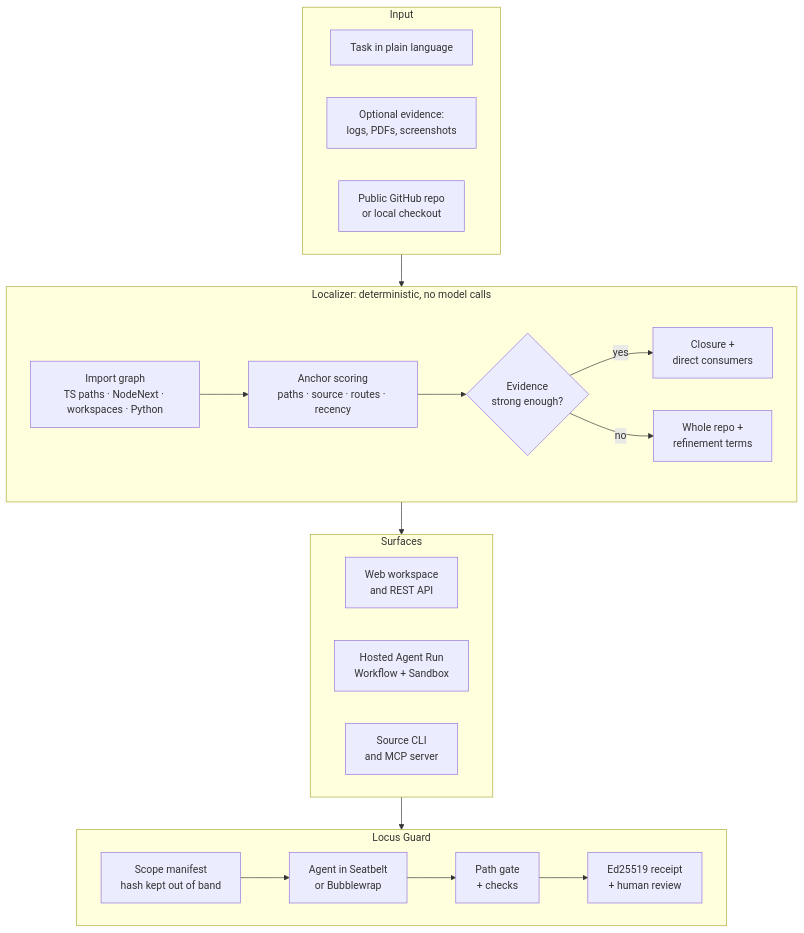
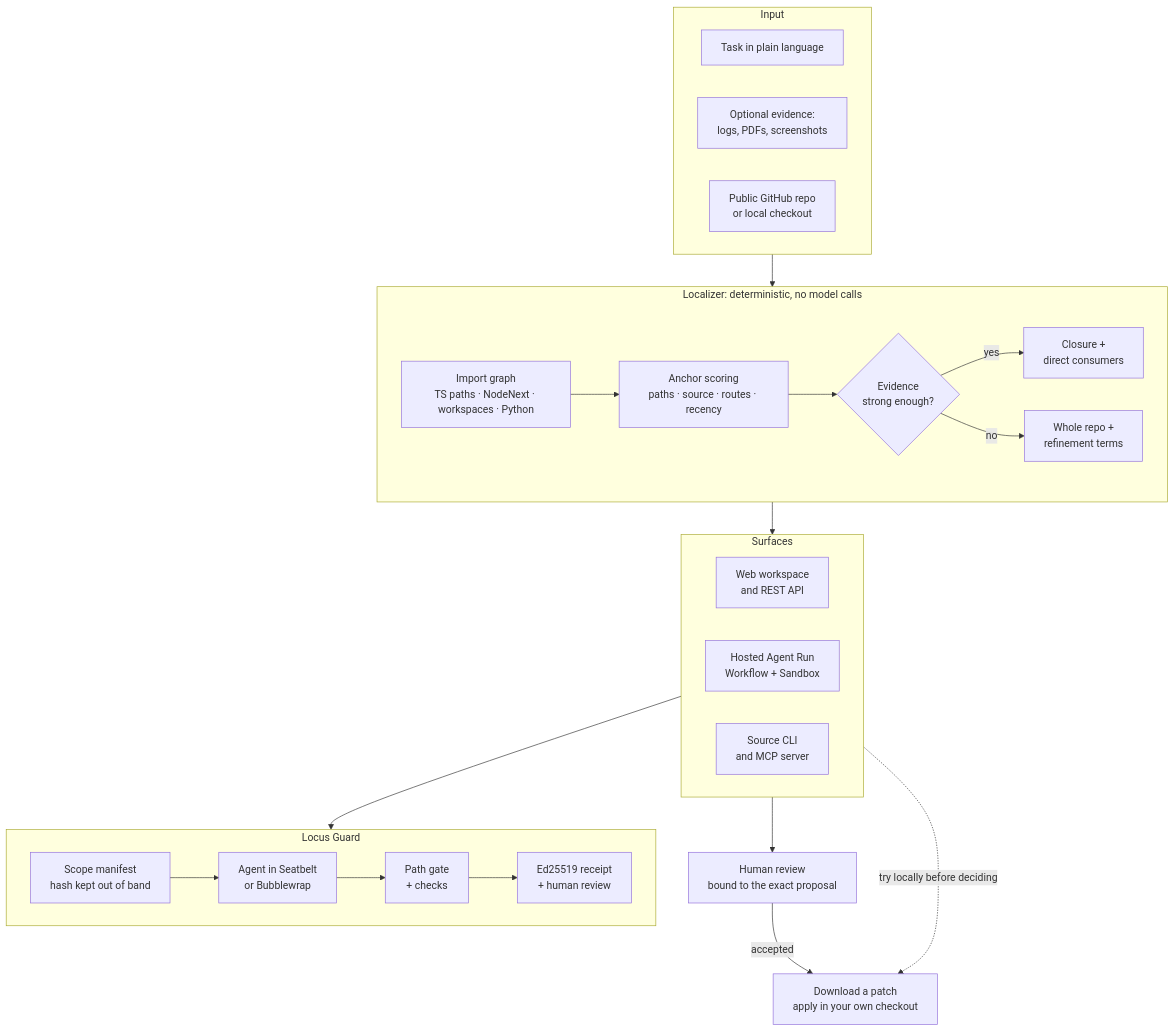
One commit to taranggoyal70/locus changed the diagram in README.md. Above: the diagram before and after it, drawn with Mermaid. The commit also changed other lines of this file and 10 other files, not shown here.

Commit message:
docs: explain the full Locus workflow with animated README graphics

````diff
--- a/README.md
+++ b/README.md
@@ -100,36 +130,41 @@
 ```mermaid
 flowchart TB
     subgraph Input["Input"]
         direction LR
         Task["Task in plain language"]
         Evidence["Optional evidence:<br/>logs, PDFs, screenshots"]
         Repo["Public GitHub repo<br/>or local checkout"]
     end
     subgraph Localizer["Localizer: deterministic, no model calls"]
         direction LR
         Graph["Import graph<br/>TS paths · NodeNext · workspaces · Python"]
         Anchor["Anchor scoring<br/>paths · source · routes · recency"]
         Widen{"Evidence<br/>strong enough?"}
         Closure["Closure +<br/>direct consumers"]
         Whole["Whole repo +<br/>refinement terms"]
         Graph --> Anchor --> Widen
         Widen -->|yes| Closure
         Widen -->|no| Whole
     end
     subgraph Surfaces["Surfaces"]
         direction LR
         Web["Web workspace<br/>and REST API"]
         Agent["Hosted Agent Run<br/>Workflow + Sandbox"]
         CLI["Source CLI<br/>and MCP server"]
     end
+    Review["Human review<br/>bound to the exact proposal"]
+    Patch["Download a patch<br/>apply in your own checkout"]
     subgraph Guard["Locus Guard"]
         direction LR
         Manifest["Scope manifest<br/>hash kept out of band"]
         Runner["Agent in Seatbelt<br/>or Bubblewrap"]
         Verify["Path gate<br/>+ checks"]
         Receipt["Ed25519 receipt<br/>+ human review"]
         Manifest --> Runner --> Verify --> Receipt
     end
     Input --> Localizer --> Surfaces
+    Agent --> Review
+    Agent -. "try locally before deciding" .-> Patch
+    Review -->|accepted| Patch
     CLI --> Guard
 ```
````
